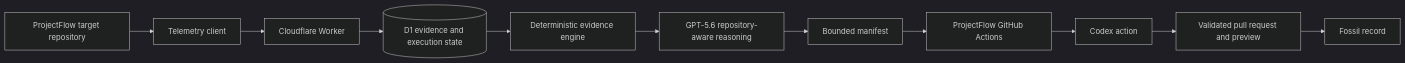
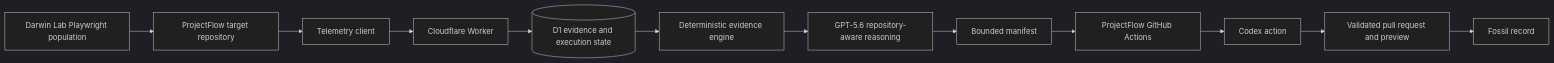
Before and after one commit to sjohnston1972/darwin: the diagram in docs/ARCHITECTURE.md, drawn with Mermaid (dark theme). The commit also changed other lines of this file and 118 other files, not shown here.

Commit message:
feat: harden evolution and run real Darwin Lab tasks

````diff
--- a/docs/ARCHITECTURE.md
+++ b/docs/ARCHITECTURE.md
@@ -3,13 +3,14 @@
 ```mermaid
 flowchart LR
   PF[ProjectFlow target repository] --> TC[Telemetry client]
+  LAB[Darwin Lab Playwright population] --> PF
   TC --> API[Cloudflare Worker]
   API --> D1[(D1 evidence and execution state)]
   D1 --> EE[Deterministic evidence engine]
   EE --> GPT[GPT-5.6 repository-aware reasoning]
   GPT --> MF[Bounded manifest]
   MF --> GH[ProjectFlow GitHub Actions]
   GH --> CX[Codex action]
   CX --> PR[Validated pull request and preview]
   PR --> FR[Fossil record]
 ```
````
